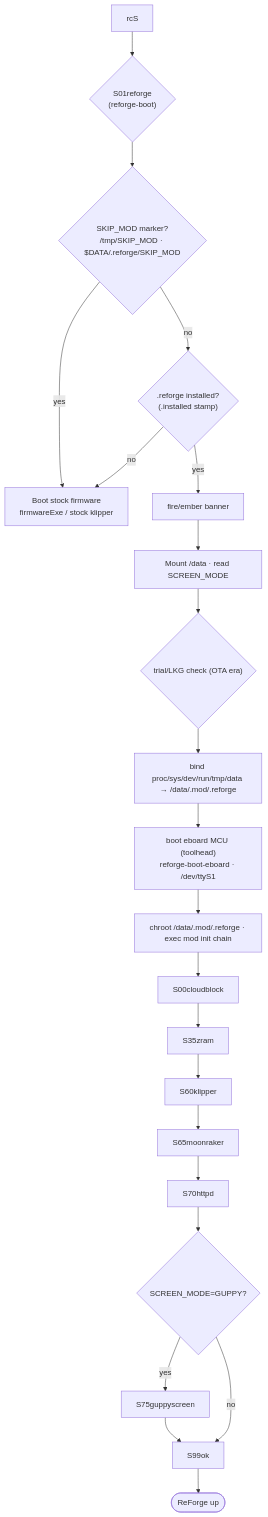
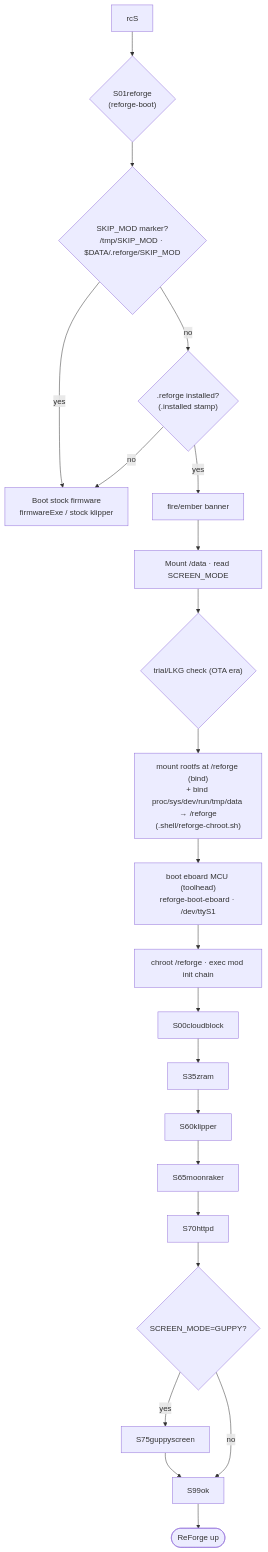
Before and after one commit to maci0/reforge: the diagram in docs/boot.md, drawn with Mermaid. The commit also changed other lines of this file and 5 other files, not shown here.

First line of the commit message:
docs: document the /reforge chroot mountpoint + dinit; exec-bit tidy

````diff
--- a/docs/boot.md
+++ b/docs/boot.md
@@ -274,19 +289,19 @@
 ```mermaid
 flowchart TD
     A[rcS] --> D{"S01reforge<br/>(reforge-boot)"}
     D --> E{"SKIP_MOD marker?<br/>/tmp/SKIP_MOD · $DATA/.reforge/SKIP_MOD"}
     E -- yes --> Z[Boot stock firmware<br/>firmwareExe / stock klipper]
     E -- no --> F{".reforge installed?<br/>(.installed stamp)"}
     F -- no --> Z
     F -- yes --> G[fire/ember banner]
     G --> H[Mount /data · read SCREEN_MODE]
     H --> T{"trial/LKG check (OTA era)"}
-    T --> I["bind proc/sys/dev/run/tmp/data → /data/.mod/.reforge"]
+    T --> I["mount rootfs at /reforge (bind)<br/>+ bind proc/sys/dev/run/tmp/data → /reforge<br/>(.shell/reforge-chroot.sh)"]
     I --> EB["boot eboard MCU (toolhead)<br/>reforge-boot-eboard · /dev/ttyS1"]
-    EB --> J["chroot /data/.mod/.reforge · exec mod init chain"]
+    EB --> J["chroot /reforge · exec mod init chain"]
     J --> K[S00cloudblock] --> L[S35zram] --> M[S60klipper] --> N[S65moonraker]
     N --> O[S70httpd] --> P{"SCREEN_MODE=GUPPY?"}
     P -- yes --> Q[S75guppyscreen] --> R[S99ok]
     P -- no --> R
     R --> S([ReForge up])
 ```
````
